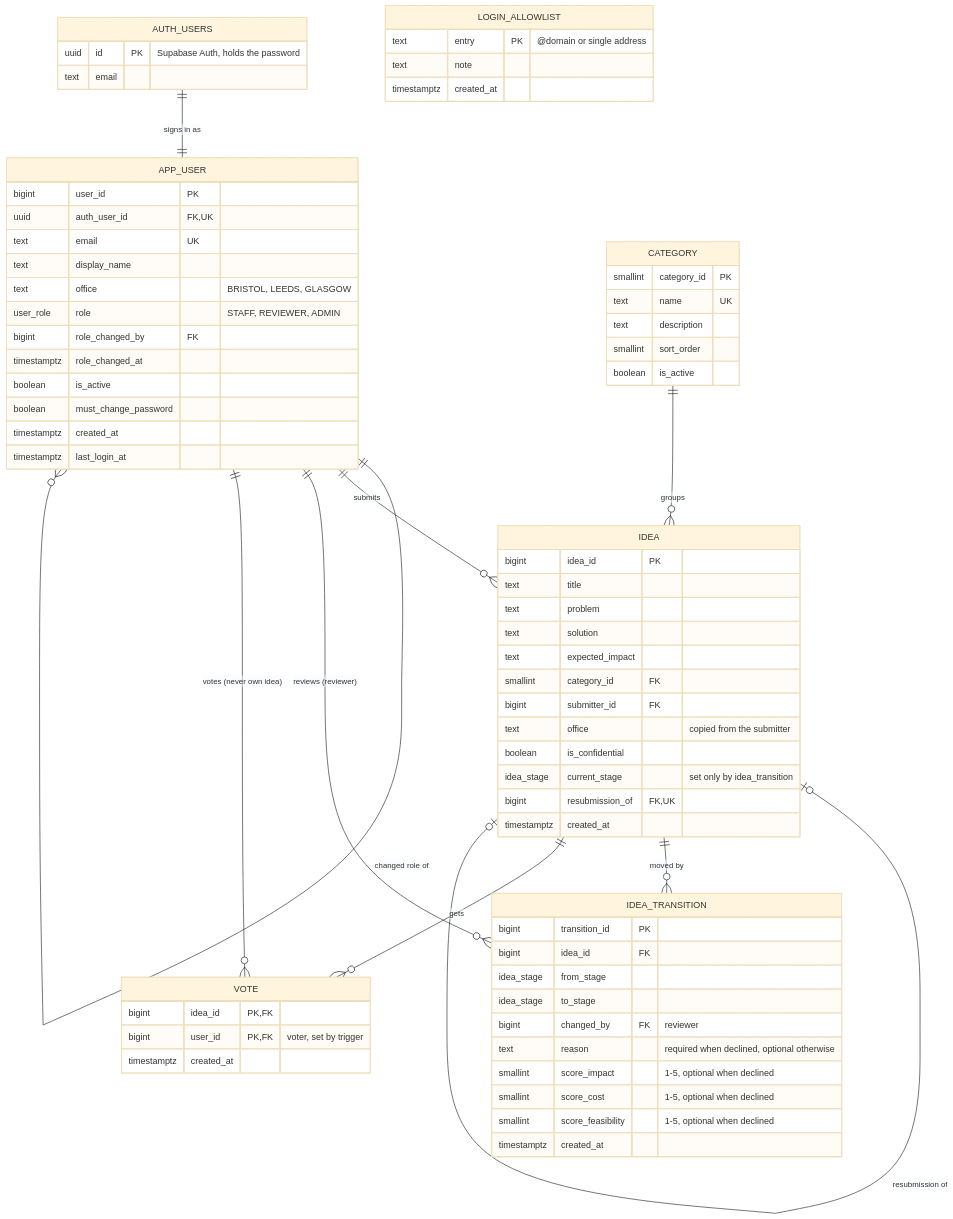
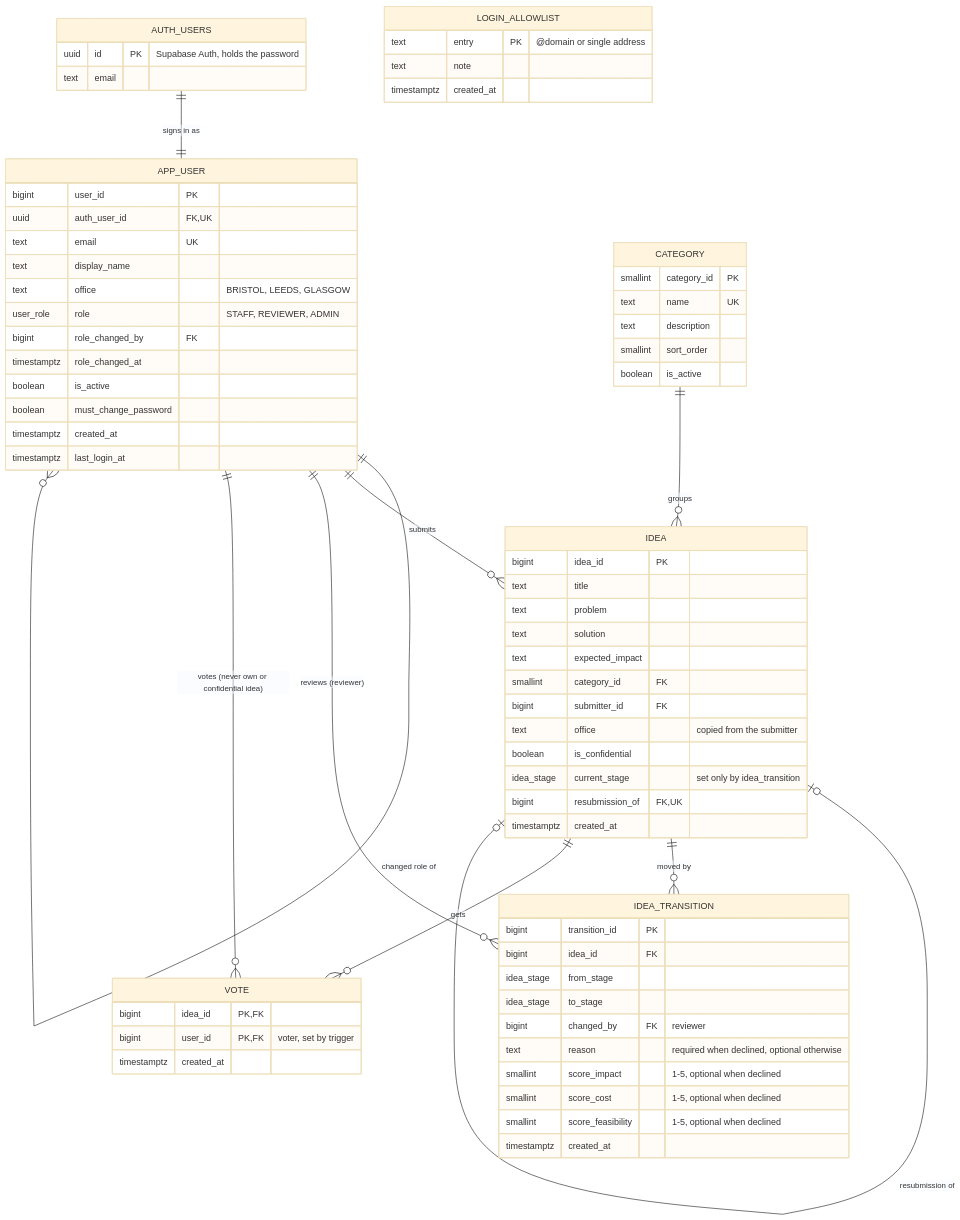
The diagram in design/DataModel/Implemented-Datamodel/dataModel.md (mistakanista/ideaforge), drawn with Mermaid (base theme) before and after one commit. The commit also changed other lines of this file and 12 other files, not shown here.

````diff
--- a/design/DataModel/Implemented-Datamodel/dataModel.md
+++ b/design/DataModel/Implemented-Datamodel/dataModel.md
@@ -10,74 +10,74 @@
 ```mermaid
 erDiagram
     AUTH_USERS ||--|| APP_USER : "signs in as"
     APP_USER ||--o{ APP_USER : "changed role of"
     APP_USER ||--o{ IDEA : submits
     CATEGORY ||--o{ IDEA : groups
     IDEA |o--o| IDEA : "resubmission of"
     IDEA ||--o{ IDEA_TRANSITION : "moved by"
     APP_USER ||--o{ IDEA_TRANSITION : "reviews (reviewer)"
     IDEA ||--o{ VOTE : "gets"
-    APP_USER ||--o{ VOTE : "votes (never own idea)"
+    APP_USER ||--o{ VOTE : "votes (never own or confidential idea)"
 
     AUTH_USERS {
         uuid id PK "Supabase Auth, holds the password"
         text email
     }
     APP_USER {
         bigint user_id PK
         uuid auth_user_id FK,UK
         text email UK
         text display_name
         text office "BRISTOL, LEEDS, GLASGOW"
         user_role role "STAFF, REVIEWER, ADMIN"
         bigint role_changed_by FK
         timestamptz role_changed_at
         boolean is_active
         boolean must_change_password
         timestamptz created_at
         timestamptz last_login_at
     }
     LOGIN_ALLOWLIST {
         text entry PK "@domain or single address"
         text note
         timestamptz created_at
     }
     CATEGORY {
         smallint category_id PK
         text name UK
         text description
         smallint sort_order
         boolean is_active
     }
     IDEA {
         bigint idea_id PK
         text title
         text problem
         text solution
         text expected_impact
         smallint category_id FK
         bigint submitter_id FK
         text office "copied from the submitter"
         boolean is_confidential
         idea_stage current_stage "set only by idea_transition"
         bigint resubmission_of FK,UK
         timestamptz created_at
     }
     IDEA_TRANSITION {
         bigint transition_id PK
         bigint idea_id FK
         idea_stage from_stage
         idea_stage to_stage
         bigint changed_by FK "reviewer"
         text reason "required when declined, optional otherwise"
         smallint score_impact "1-5, optional when declined"
         smallint score_cost "1-5, optional when declined"
         smallint score_feasibility "1-5, optional when declined"
         timestamptz created_at
     }
     VOTE {
         bigint idea_id PK,FK
         bigint user_id PK,FK "voter, set by trigger"
         timestamptz created_at
     }
 ```
````
